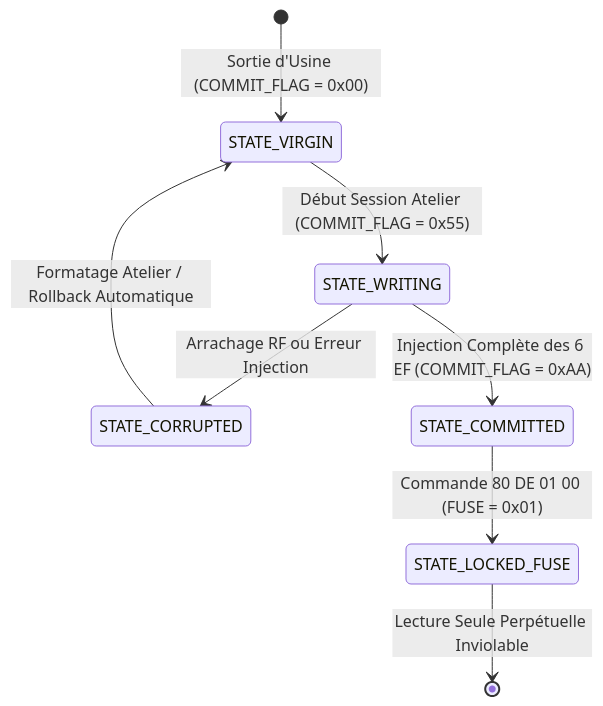
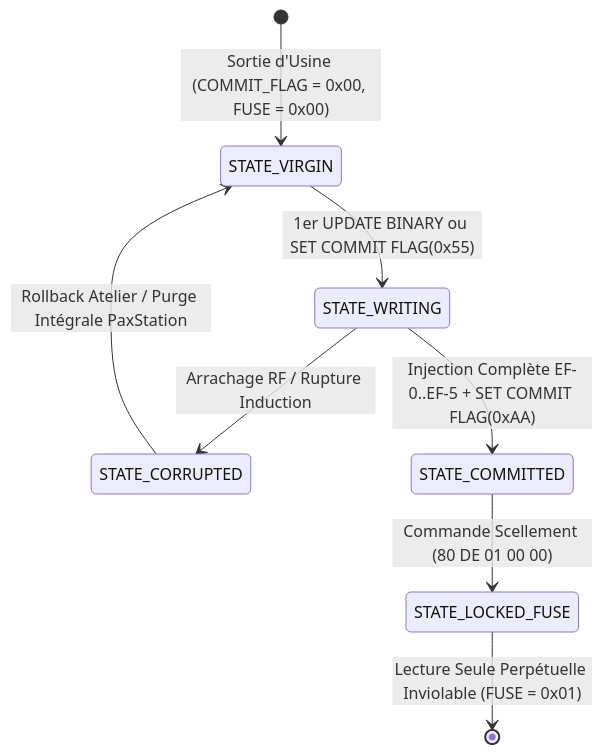
The second of 2 diagrams in docs/technical/silicon-storage.md (kurodohenroonsen/AeterniTrak_V1.0), drawn with Mermaid before and after one commit. The commit also changed other lines of this file and 14 other files, not shown here.

````diff
--- a/docs/technical/silicon-storage.md
+++ b/docs/technical/silicon-storage.md
@@ -138,13 +190,15 @@
 ```mermaid
 stateDiagram-v2
-    [*] --> STATE_VIRGIN : Sortie d'Usine (COMMIT_FLAG = 0x00)
+    [*] --> STATE_VIRGIN : Sortie d'Usine (COMMIT_FLAG = 0x00, FUSE = 0x00)
     
-    STATE_VIRGIN --> STATE_WRITING : Début Session Atelier (COMMIT_FLAG = 0x55)
-    STATE_WRITING --> STATE_CORRUPTED : Arrachage RF ou Erreur Injection
-    STATE_CORRUPTED --> STATE_VIRGIN : Formatage Atelier / Rollback Automatique
+    STATE_VIRGIN --> STATE_WRITING : 1er UPDATE BINARY ou SET COMMIT FLAG(0x55)
     
-    STATE_WRITING --> STATE_COMMITTED : Injection Complète des 6 EF (COMMIT_FLAG = 0xAA)
-    STATE_COMMITTED --> STATE_LOCKED_FUSE : Commande 80 DE 01 00 (FUSE = 0x01)
+    STATE_WRITING --> STATE_CORRUPTED : Arrachage RF / Rupture Induction
+    STATE_CORRUPTED --> STATE_VIRGIN : Rollback Atelier / Purge Intégrale PaxStation
     
-    STATE_LOCKED_FUSE --> [*] : Lecture Seule Perpétuelle Inviolable
+    STATE_WRITING --> STATE_COMMITTED : Injection Complète EF-0..EF-5 + SET COMMIT FLAG(0xAA)
+    
+    STATE_COMMITTED --> STATE_LOCKED_FUSE : Commande Scellement (80 DE 01 00 00)
+    
+    STATE_LOCKED_FUSE --> [*] : Lecture Seule Perpétuelle Inviolable (FUSE = 0x01)
 ```
````
